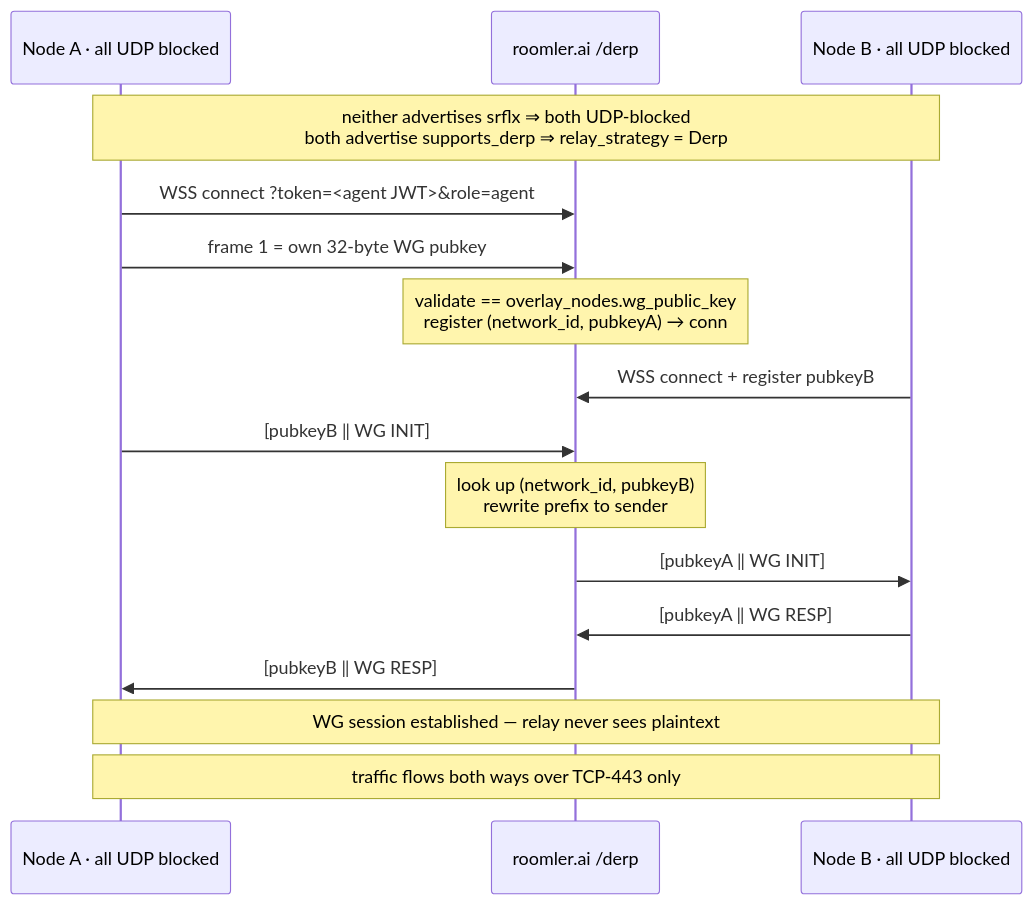
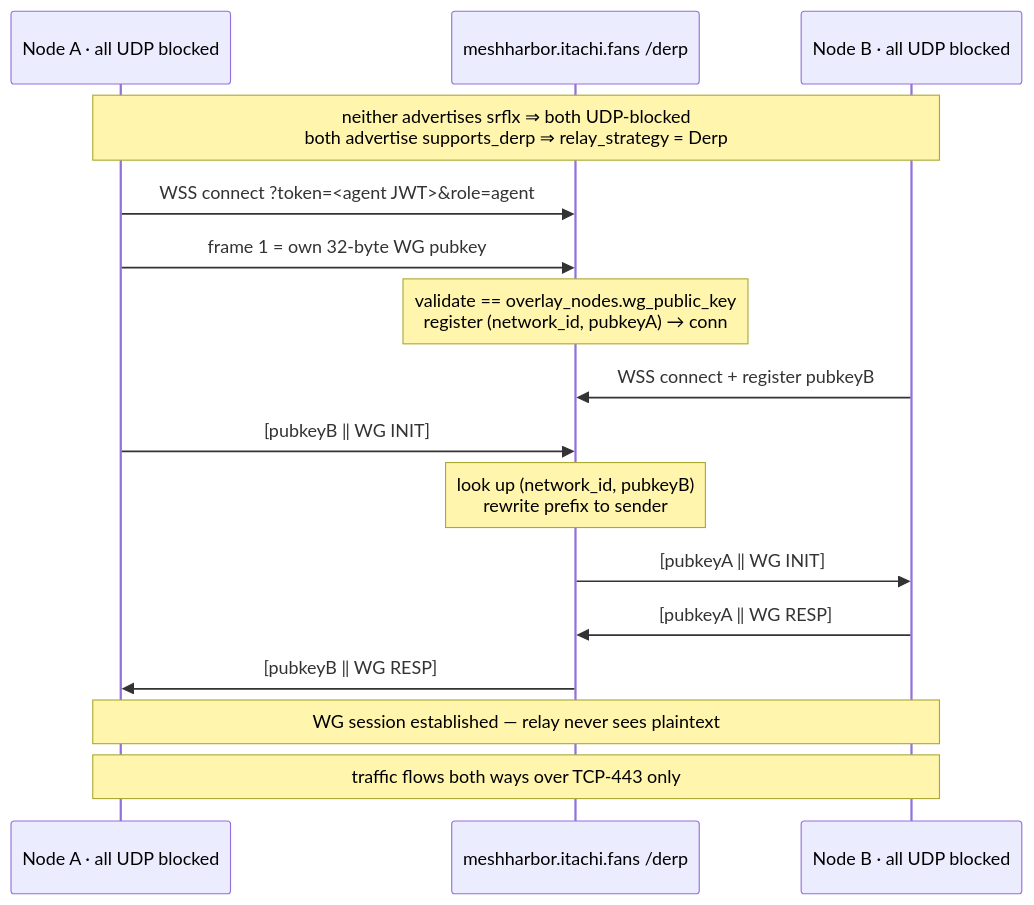
Before and after one commit to jk-zhang-meta/MeshHarbor: the eighth of 13 diagrams in docs/overlay-communication.md, drawn with Mermaid. The commit also changed other lines of this file and 682 other files, not shown here.

````diff
--- a/docs/overlay-communication.md
+++ b/docs/overlay-communication.md
@@ -448,21 +448,21 @@
 ```mermaid
 sequenceDiagram
     participant A as Node A · all UDP blocked
-    participant D as roomler.ai /derp
+    participant D as meshharbor.itachi.fans /derp
     participant B as Node B · all UDP blocked
 
     Note over A,B: neither advertises srflx ⇒ both UDP-blocked<br/>both advertise supports_derp ⇒ relay_strategy = Derp
 
     A->>D: WSS connect ?token=<agent JWT>&role=agent
     A->>D: frame 1 = own 32-byte WG pubkey
     Note over D: validate == overlay_nodes.wg_public_key<br/>register (network_id, pubkeyA) → conn
     B->>D: WSS connect + register pubkeyB
 
     A->>D: [pubkeyB ‖ WG INIT]
     Note over D: look up (network_id, pubkeyB)<br/>rewrite prefix to sender
     D->>B: [pubkeyA ‖ WG INIT]
     B->>D: [pubkeyA ‖ WG RESP]
     D->>A: [pubkeyB ‖ WG RESP]
     Note over A,B: WG session established — relay never sees plaintext
     Note over A,B: traffic flows both ways over TCP-443 only
 ```
````
